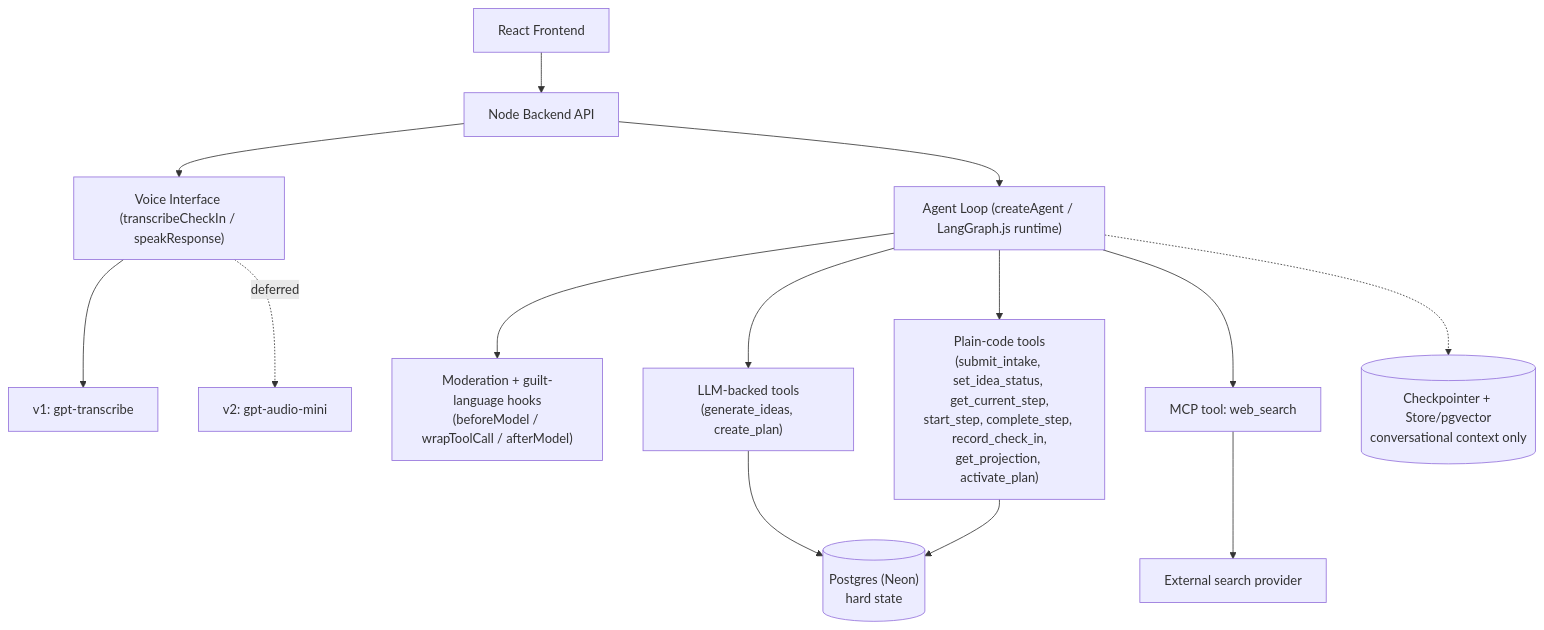
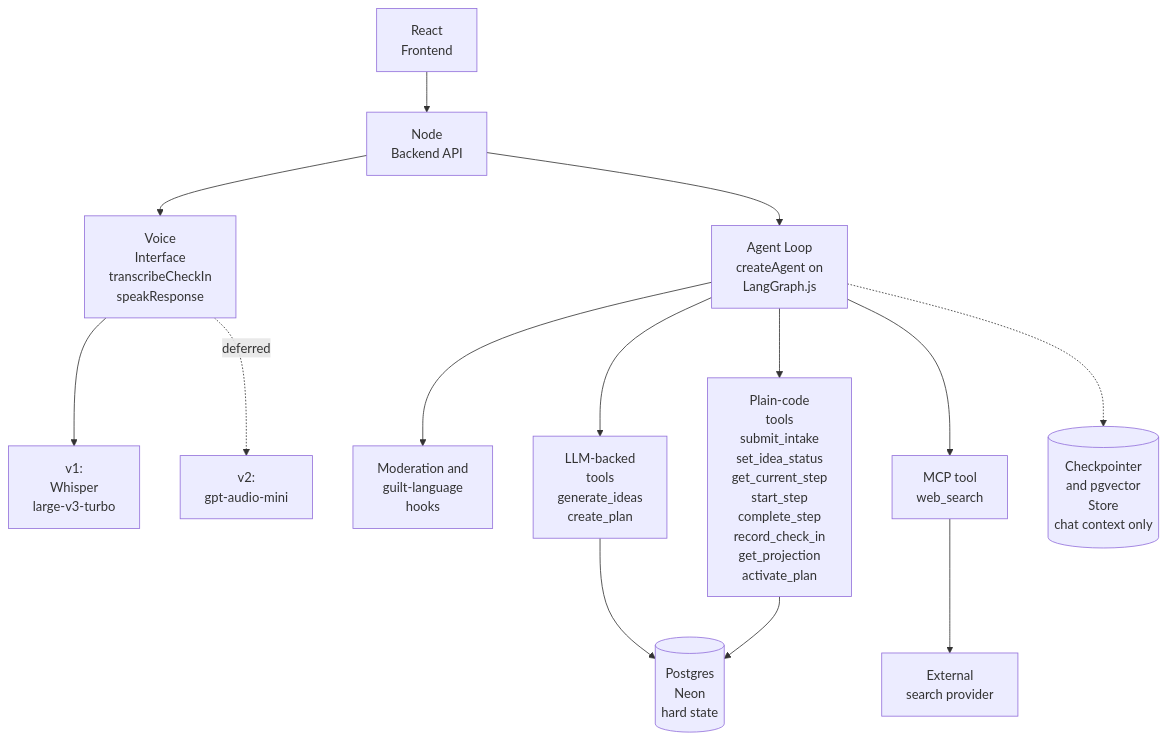
Before and after one commit to alinalein/second-income-coach: the third of 5 diagrams in _bmad-output/planning-artifacts/architecture/architecture-p_3-2026-11-13/ARCHITECTURE-SPINE.md, drawn with Mermaid. The commit also changed other lines of this file and 6 other files, not shown here.

Commit message:
docs: README restructure, technical rationale, known weaknesses, spine diagrams; refreshed eval results

````diff
--- a/_bmad-output/planning-artifacts/architecture/architecture-p_3-2026-11-13/ARCHITECTURE-SPINE.md
+++ b/_bmad-output/planning-artifacts/architecture/architecture-p_3-2026-11-13/ARCHITECTURE-SPINE.md
@@ -35,16 +73,16 @@
 ```mermaid
 flowchart TB
-    FE["React Frontend"] --> API["Node Backend API"]
-    API --> VOICE["Voice Interface (transcribeCheckIn / speakResponse)"]
-    VOICE --> V1["v1: gpt-transcribe"]
-    VOICE -. deferred .-> V2["v2: gpt-audio-mini"]
-    API --> LOOP["Agent Loop (createAgent / LangGraph.js runtime)"]
-    LOOP --> MOD["Moderation + guilt-language hooks\n(beforeModel / wrapToolCall / afterModel)"]
-    LOOP --> LLMT["LLM-backed tools\n(generate_ideas, create_plan)"]
-    LOOP --> PCT["Plain-code tools\n(submit_intake, set_idea_status, get_current_step,\nstart_step, complete_step, record_check_in,\nget_projection, activate_plan)"]
-    LOOP --> MCPT["MCP tool: web_search"]
-    LLMT --> PG[("Postgres (Neon)\nhard state")]
+    FE["React<br/>Frontend"] --> API["Node<br/>Backend API"]
+    API --> VOICE["Voice<br/>Interface<br/>transcribeCheckIn<br/>speakResponse"]
+    VOICE --> V1["v1:<br/>Whisper<br/>large-v3-turbo"]
+    VOICE -. deferred .-> V2["v2:<br/>gpt-audio-mini"]
+    API --> LOOP["Agent Loop<br/>createAgent on<br/>LangGraph.js"]
+    LOOP --> MOD["Moderation and<br/>guilt-language<br/>hooks"]
+    LOOP --> LLMT["LLM-backed<br/>tools<br/>generate_ideas<br/>create_plan"]
+    LOOP --> PCT["Plain-code<br/>tools<br/>submit_intake<br/>set_idea_status<br/>get_current_step<br/>start_step<br/>complete_step<br/>record_check_in<br/>get_projection<br/>activate_plan"]
+    LOOP --> MCPT["MCP tool<br/>web_search"]
+    LLMT --> PG[("Postgres<br/>Neon<br/>hard state")]
     PCT --> PG
-    MCPT --> EXT["External search provider"]
-    LOOP -.-> CKPT[("Checkpointer + Store/pgvector\nconversational context only")]
+    MCPT --> EXT["External<br/>search provider"]
+    LOOP -.-> CKPT[("Checkpointer<br/>and pgvector<br/>Store<br/>chat context only")]
 ```
````
